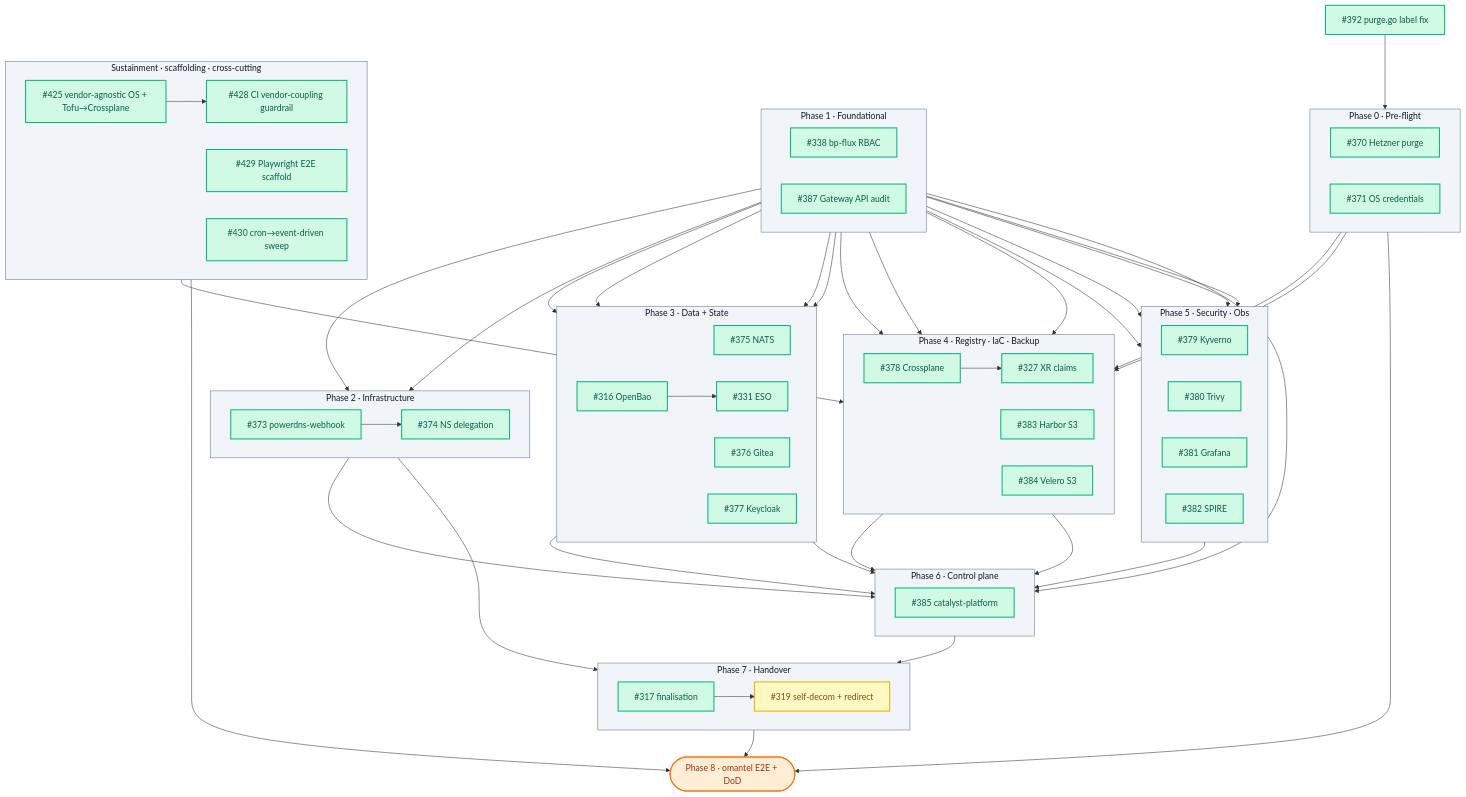
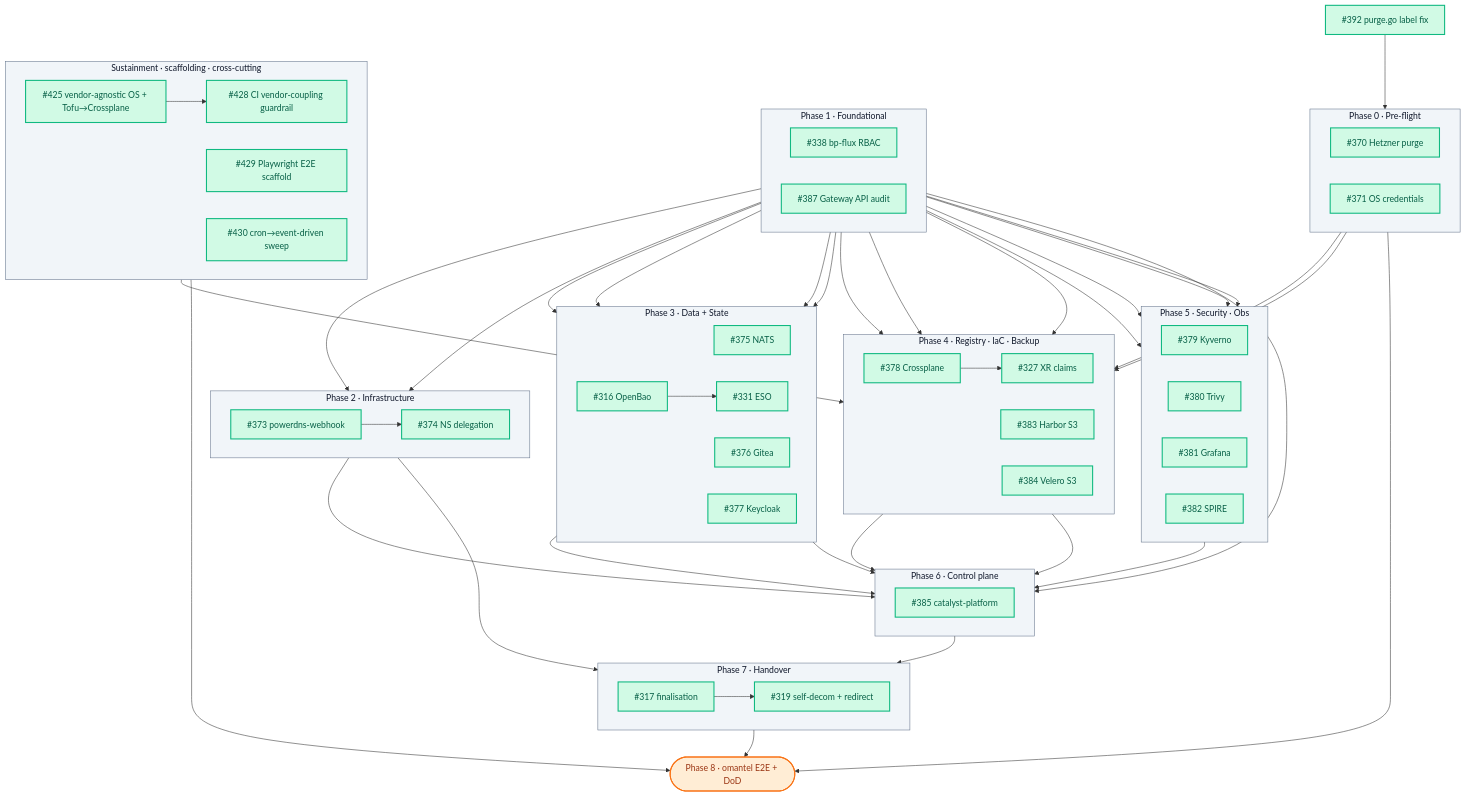
Before and after one commit to openova-io/openova: the diagram in docs/omantel-handover-wbs.md, drawn with Mermaid. The commit also changed other lines of this file and 10 other files, not shown here.

```diff
--- a/docs/omantel-handover-wbs.md
+++ b/docs/omantel-handover-wbs.md
@@ -204,8 +204,8 @@
     T392 --> T370
 
     class PH0,PH1,PH2,PH3,PH4,PH5,PH6,PH7,SCAF phase
-    class T316,T317,T322,T326,T327,T331,T338,T370,T371,T373,T374,T375,T376,T377,T378,T379,T380,T381,T382,T383,T384,T385,T387,T392,T425,T428,T429,T430,T438 done
-    class T319,T323,T324,T325 wip
+    class T316,T317,T319,T322,T326,T327,T331,T338,T370,T371,T373,T374,T375,T376,T377,T378,T379,T380,T381,T382,T383,T384,T385,T387,T392,T425,T428,T429,T430,T438 done
+    class T323,T324,T325 wip
 
     %% Clickable ticket numbers — open the GitHub issue in a new tab
     click T316 "https://github.com/openova-io/openova/issues/316" "Open #316" _blank
```
